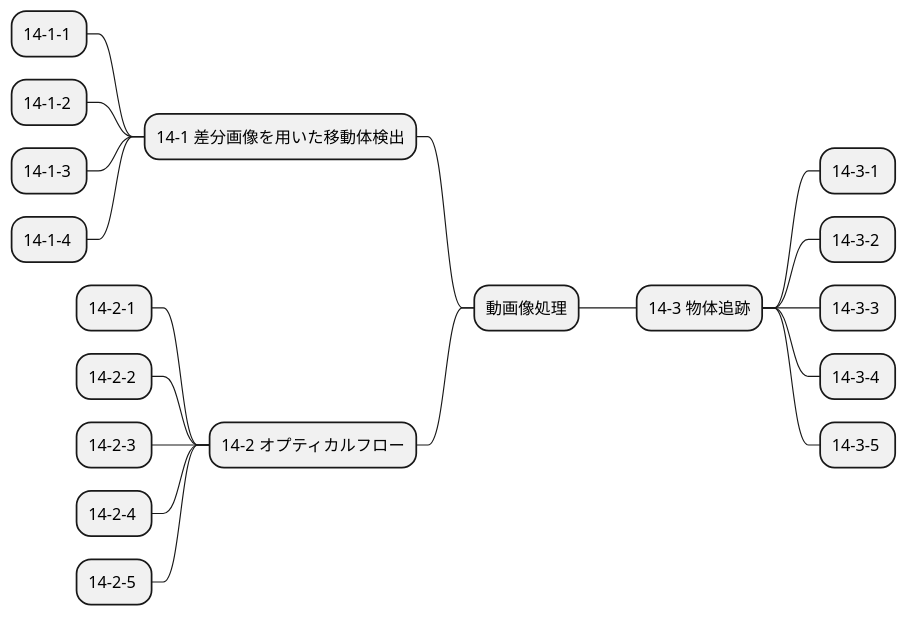
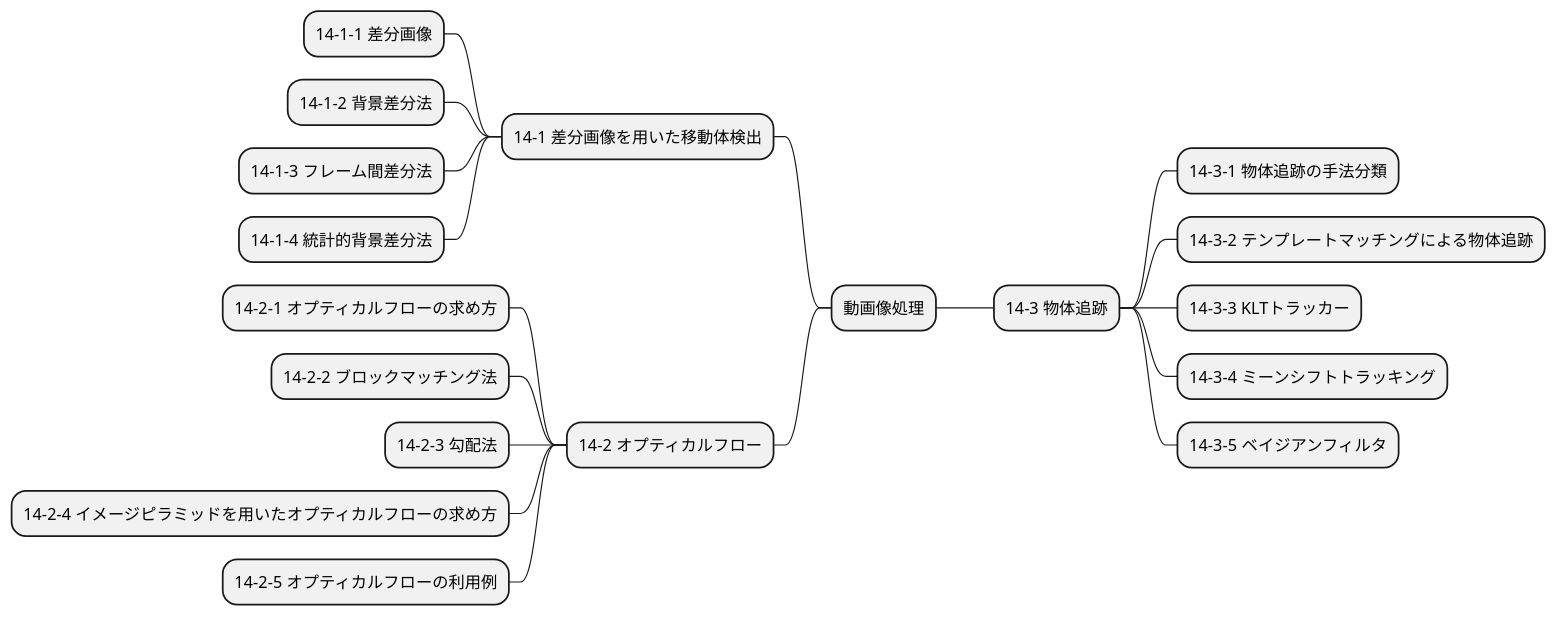
The diagram in mindmap/img_proc_expert_14.puml (Takayoshi-Matsuyama/image_processing), drawn with PlantUML before and after one commit. The commit also changed 16 other files, not shown here.

Commit message:
mindmap - ex index

```diff
--- a/mindmap/img_proc_expert_14.puml
+++ b/mindmap/img_proc_expert_14.puml
@@ -1,20 +1,20 @@
 @startmindmap img_proc_expert_14
 + 動画像処理
 -- 14-1 差分画像を用いた移動体検出
---- 14-1-1 
---- 14-1-2 
---- 14-1-3 
---- 14-1-4 
+--- 14-1-1 差分画像
+--- 14-1-2 背景差分法
+--- 14-1-3 フレーム間差分法
+--- 14-1-4 統計的背景差分法
 -- 14-2 オプティカルフロー
---- 14-2-1 
---- 14-2-2 
---- 14-2-3 
---- 14-2-4 
---- 14-2-5 
+--- 14-2-1 オプティカルフローの求め方
+--- 14-2-2 ブロックマッチング法
+--- 14-2-3 勾配法
+--- 14-2-4 イメージピラミッドを用いたオプティカルフローの求め方
+--- 14-2-5 オプティカルフローの利用例
 ++ 14-3 物体追跡
-+++ 14-3-1 
-+++ 14-3-2 
-+++ 14-3-3 
-+++ 14-3-4 
-+++ 14-3-5 
++++ 14-3-1 物体追跡の手法分類
++++ 14-3-2 テンプレートマッチングによる物体追跡
++++ 14-3-3 KLTトラッカー
++++ 14-3-4 ミーンシフトトラッキング
++++ 14-3-5 ベイジアンフィルタ
 @endmindmap
```
